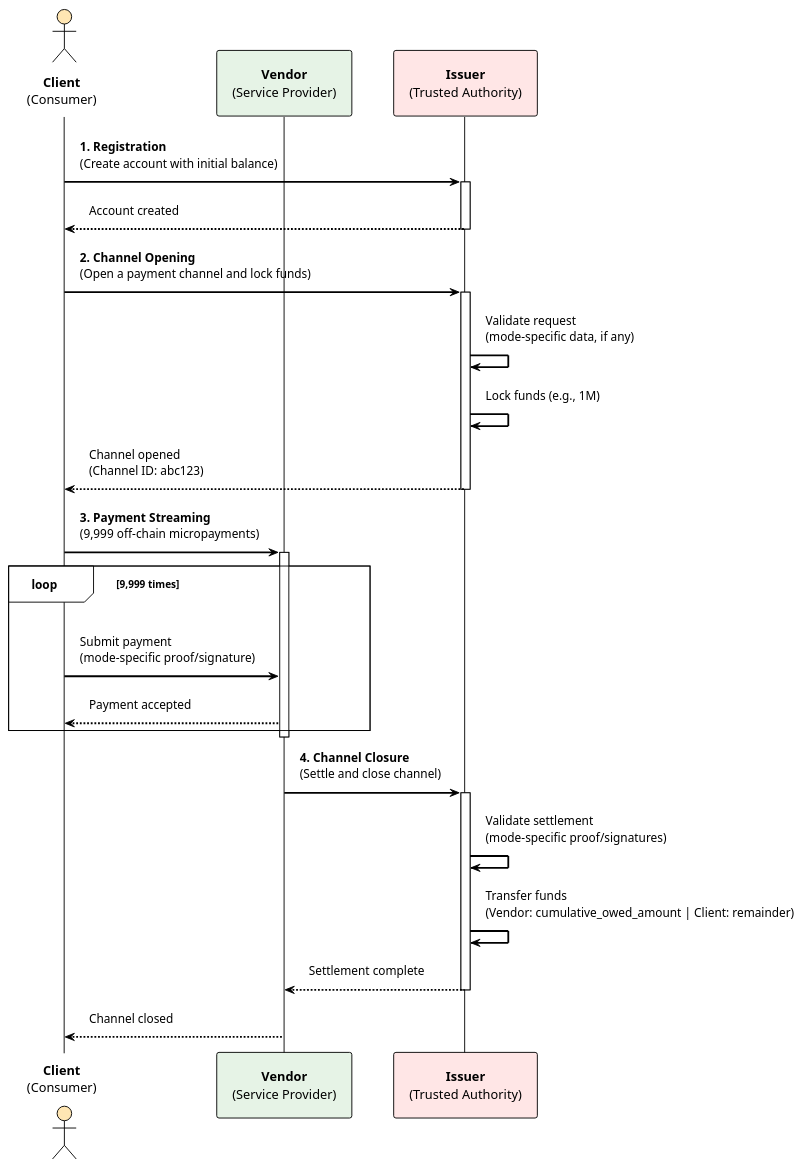
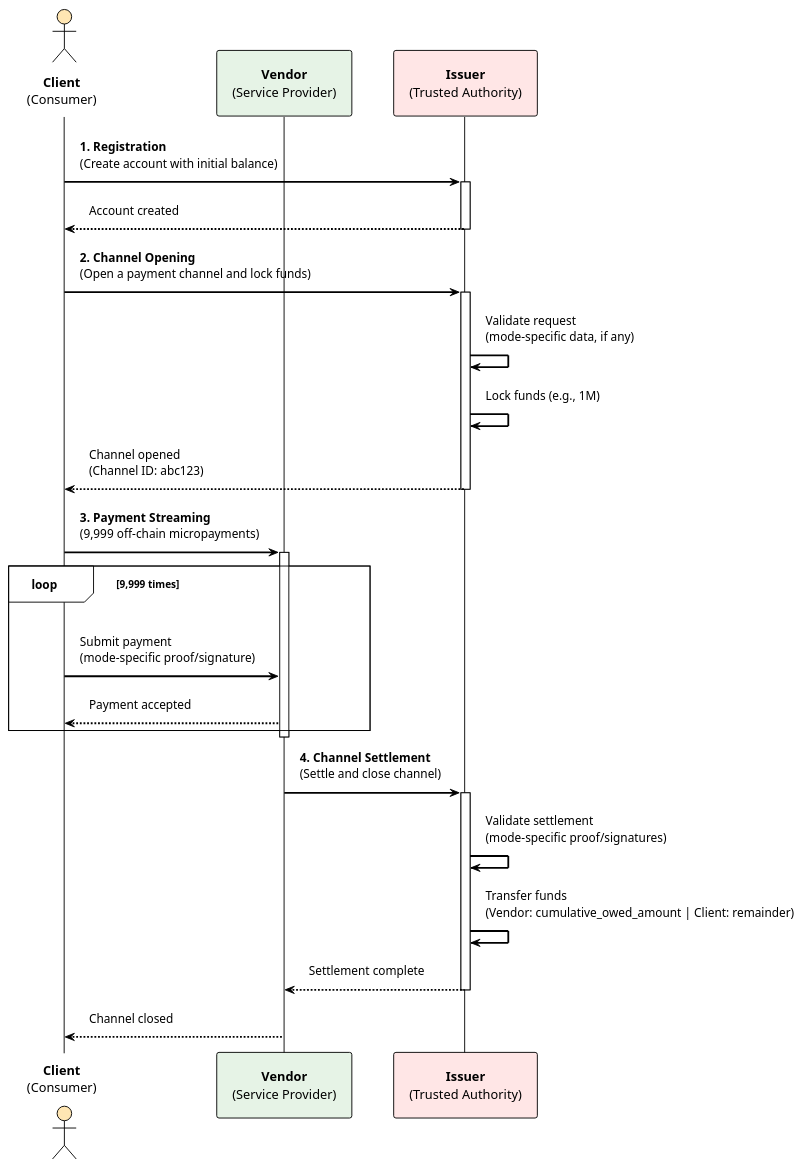
One commit to otaviootavio/nanomoni changed the diagram in umls/system-overview.puml. Above: the diagram before and after it, drawn with PlantUML. The commit also changed 17 other files, not shown here.

```diff
--- a/umls/system-overview.puml
+++ b/umls/system-overview.puml
@@ -1,50 +1,50 @@
 @startuml System_Overview
 
 !theme plain
 skinparam backgroundColor white
 skinparam componentStyle rectangle
 skinparam padding 10
 skinparam BoxPadding 10
 skinparam RectanglePadding 10
 skinparam RectangleBorderThickness 2
 skinparam Shadowing false
 skinparam ArrowThickness 2
 
 actor "**Client**\n(Consumer)" as Client #FFE6B3
 participant "**Vendor**\n(Service Provider)" as Vendor #E6F3E6
 participant "**Issuer**\n(Trusted Authority)" as Issuer #FFE6E6
 
 
 Client -> Issuer: **1. Registration**\n(Create account with initial balance)
 activate Issuer
 Issuer --> Client: Account created
 deactivate Issuer
 
 Client -> Issuer: **2. Channel Opening**\n(Open a payment channel and lock funds)
 activate Issuer
 Issuer -> Issuer: Validate request\n(mode-specific data, if any)
 Issuer -> Issuer: Lock funds (e.g., 1M)
 Issuer --> Client: Channel opened\n(Channel ID: abc123)
 deactivate Issuer
 
 
 Client -> Vendor: **3. Payment Streaming**\n(9,999 off-chain micropayments)
 activate Vendor
 
 loop 9,999 times
   Client -> Vendor: Submit payment\n(mode-specific proof/signature)
   Vendor --> Client: Payment accepted
 end
 
 deactivate Vendor
 
-Vendor -> Issuer: **4. Channel Closure**\n(Settle and close channel)
+Vendor -> Issuer: **4. Channel Settlement**\n(Settle and close channel)
 activate Issuer
 Issuer -> Issuer: Validate settlement\n(mode-specific proof/signatures)
 Issuer -> Issuer: Transfer funds\n(Vendor: cumulative_owed_amount | Client: remainder)
 Issuer --> Vendor: Settlement complete
 deactivate Issuer
 
 Vendor --> Client: Channel closed
 
 @enduml
```
